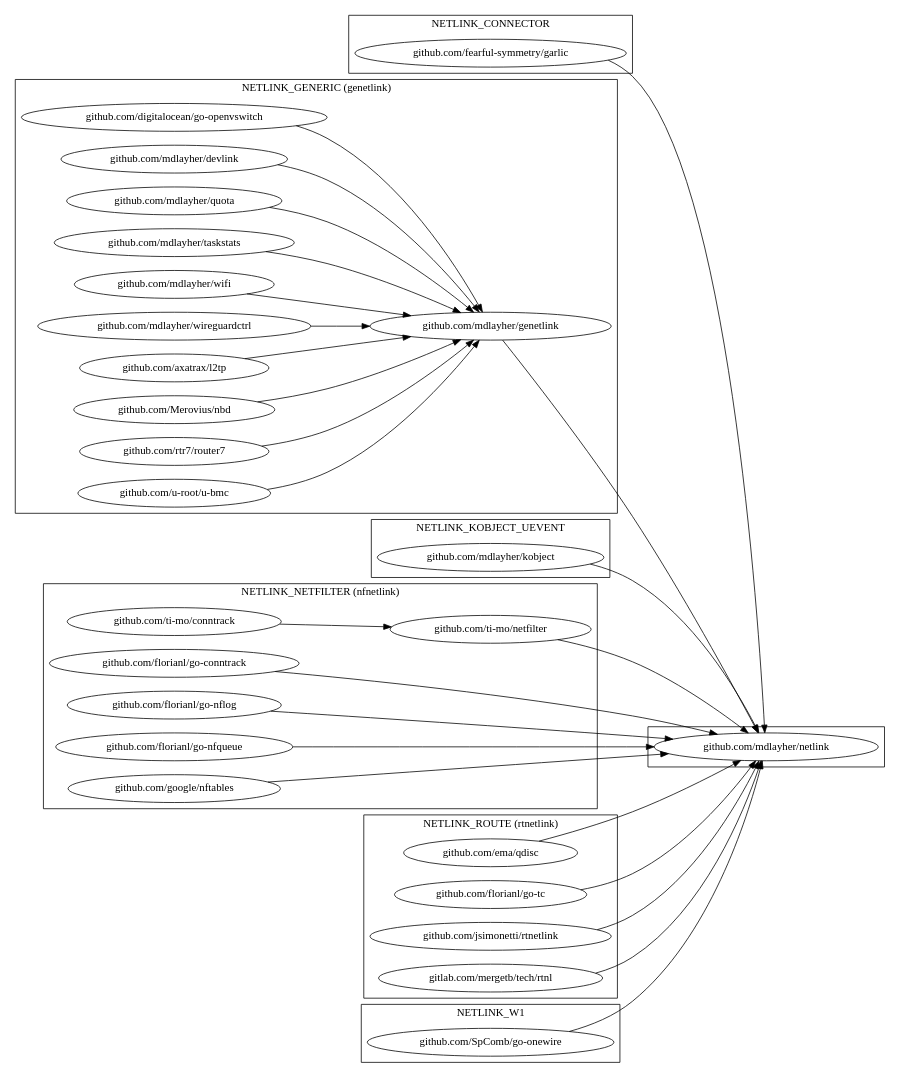
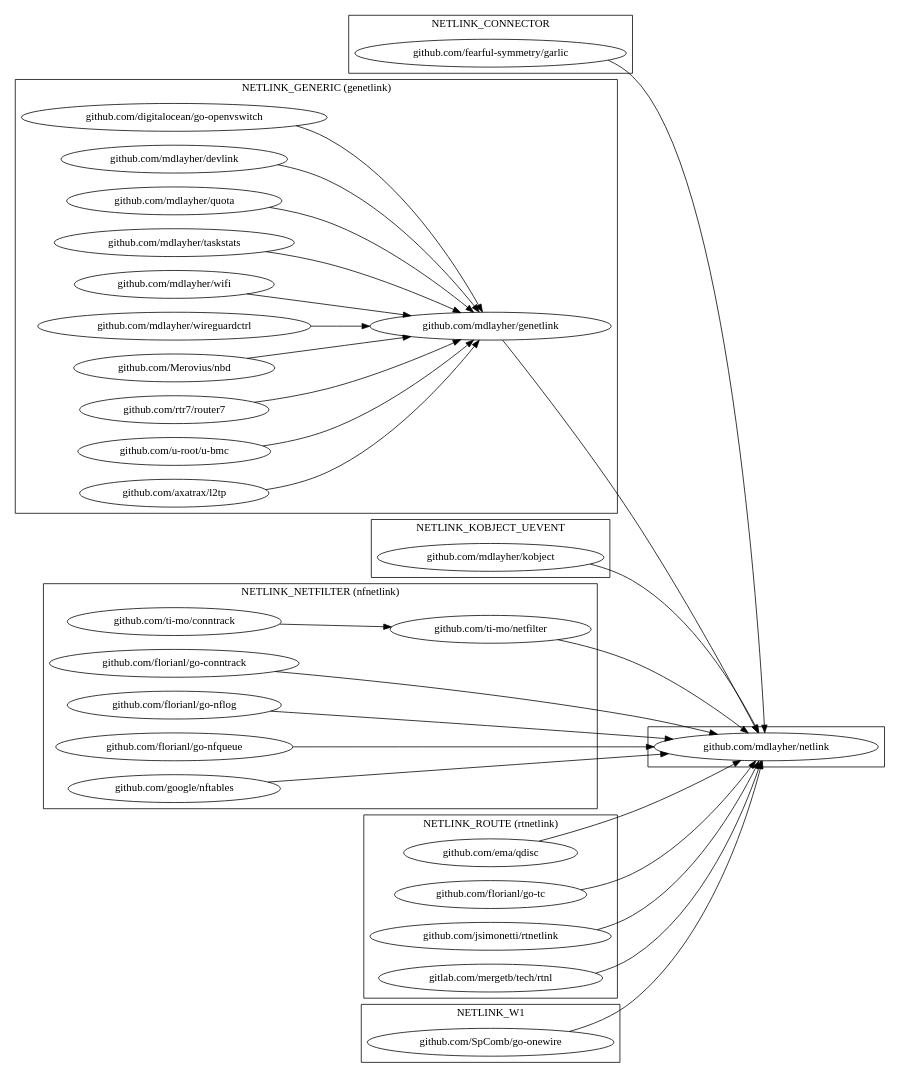
The diagram in netlink.dot (mdlayher/netlink), drawn with Graphviz before and after one commit. The commit also changed other lines of this file and 1 other file, not shown here.

Commit message:
Add axatrax/l2tp to genetlink graph

```diff
--- a/netlink.dot
+++ b/netlink.dot
@@ -1,77 +1,77 @@
 digraph {
     rankdir = LR
 
     subgraph cluster_netlink {
         "github.com/mdlayher/netlink" [URL="https://github.com/mdlayher/netlink"]
     }
 
     subgraph cluster_connector {
         label = "NETLINK_CONNECTOR";
 
         {
             "github.com/fearful-symmetry/garlic" [URL="https://github.com/fearful-symmetry/garlic"]
         } -> "github.com/mdlayher/netlink"
     }
 
     subgraph cluster_generic {
         label = "NETLINK_GENERIC (genetlink)";
         "github.com/mdlayher/genetlink" [URL="https://github.com/mdlayher/genetlink"]
         "github.com/mdlayher/genetlink" -> "github.com/mdlayher/netlink"
 
         {   
             "github.com/digitalocean/go-openvswitch" [URL="https://github.com/digitalocean/go-openvswitch"]
             "github.com/mdlayher/devlink" [URL="https://github.com/mdlayher/devlink"]
             "github.com/mdlayher/quota" [URL="https://github.com/mdlayher/quota"]
             "github.com/mdlayher/taskstats" [URL="https://github.com/mdlayher/taskstats"]
             "github.com/mdlayher/wifi" [URL="https://github.com/mdlayher/wifi"]
             "github.com/mdlayher/wireguardctrl" [URL="https://github.com/mdlayher/wireguardctrl"]
-            "github.com/axatrax/l2tp" [URL="https://github.com/axatrax/l2tp"]
             "github.com/Merovius/nbd" [URL="https://github.com/Merovius/nbd"]
             "github.com/rtr7/router7" [URL="https://github.com/rtr7/router7"]
             "github.com/u-root/u-bmc" [URL="https://github.com/u-root/u-bmc"]
+            "github.com/axatrax/l2tp" [URL="https://github.com/axatrax/l2tp"]
         } -> "github.com/mdlayher/genetlink" 
     }
 
     subgraph cluster_kobject_uevent {
         label = "NETLINK_KOBJECT_UEVENT";
 
         {
             "github.com/mdlayher/kobject" [URL="https://github.com/mdlayher/kobject"]
         } -> "github.com/mdlayher/netlink"
     }
 
     subgraph cluster_netfilter {
         label = "NETLINK_NETFILTER (nfnetlink)";
 
         {
             "github.com/florianl/go-conntrack" [URL="https://github.com/florianl/go-conntrack"]
             "github.com/florianl/go-nflog" [URL="https://github.com/florianl/go-nflog"]
             "github.com/florianl/go-nfqueue" [URL="https://github.com/florianl/go-nfqueue"]
             "github.com/google/nftables" [URL="https://github.com/google/nftables"]
             "github.com/ti-mo/netfilter" [URL="https://github.com/ti-mo/netfilter"]
         } -> "github.com/mdlayher/netlink"
 
         {
             "github.com/ti-mo/conntrack"  [URL="https://github.com/ti-mo/conntrack"]
         } -> "github.com/ti-mo/netfilter"
     }
 
     subgraph cluster_route {
         label = "NETLINK_ROUTE (rtnetlink)";
 
         {
             "github.com/ema/qdisc" [URL="https://github.com/ema/qdisc"]
             "github.com/florianl/go-tc" [URL="https://github.com/florianl/go-tc"]
             "github.com/jsimonetti/rtnetlink" [URL="https://github.com/jsimonetti/rtnetlink"]
             "gitlab.com/mergetb/tech/rtnl" [URL="https://gitlab.com/mergetb/tech/rtnl"]
         } -> "github.com/mdlayher/netlink"
     }
 
     subgraph cluster_w1 {
         label = "NETLINK_W1";
 
         {
             "github.com/SpComb/go-onewire" [URL="https://github.com/SpComb/go-onewire"]
         } -> "github.com/mdlayher/netlink"
     }
 }
```
